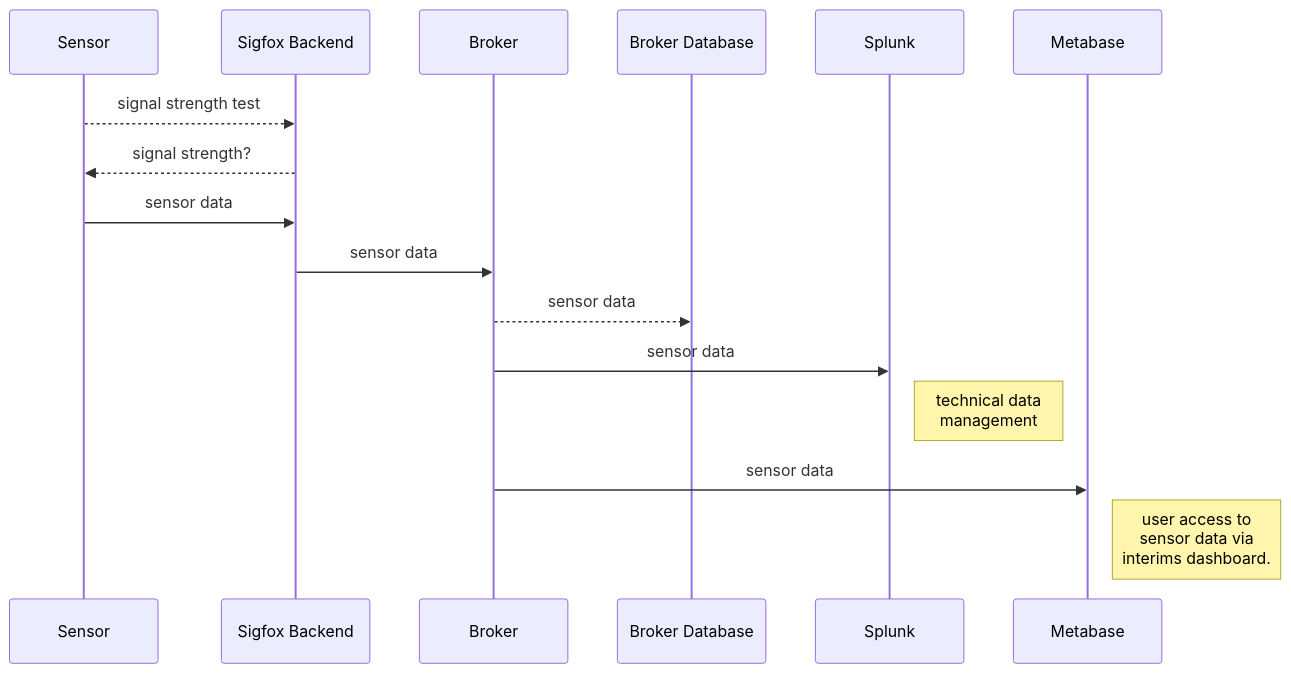
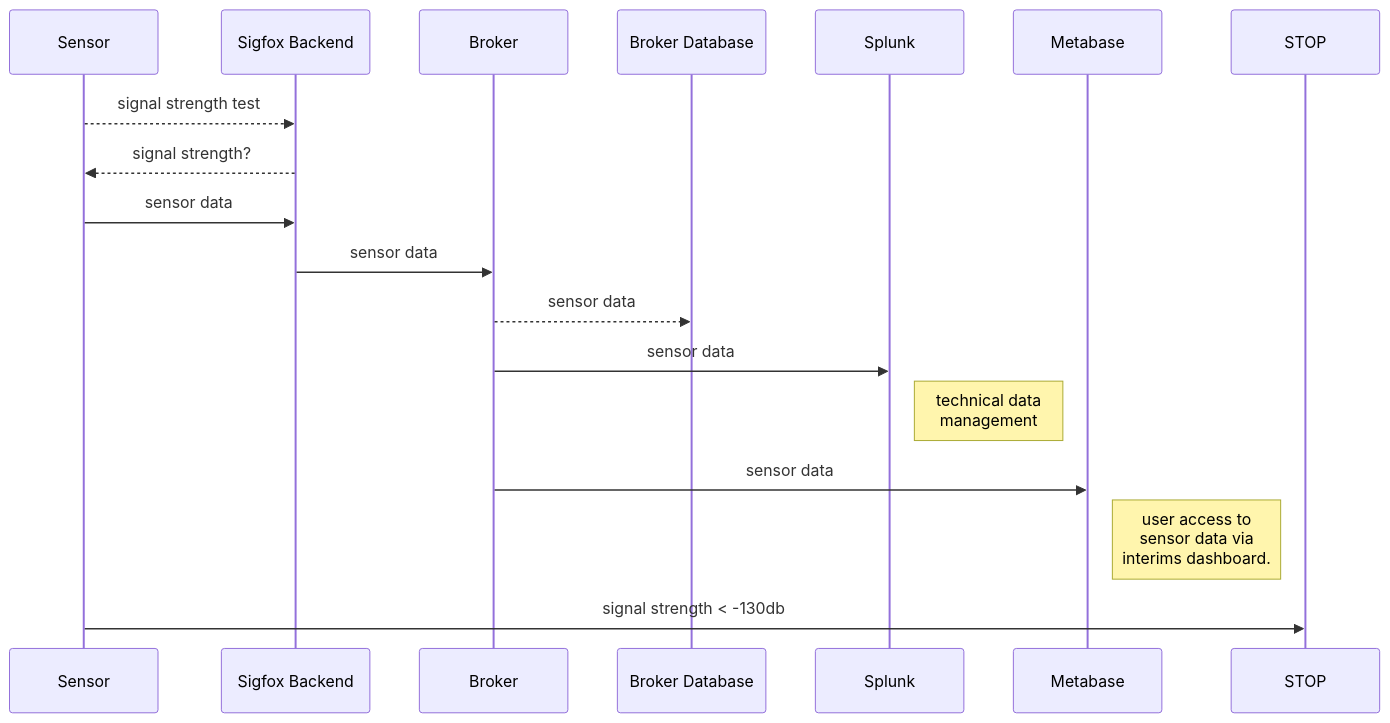
Before and after one commit to syf-gd/saveyourfridge: the first of 2 diagrams in README.md, drawn with Mermaid. The commit also changed other lines of this file and 1 other file, not shown here.

Commit message:
strength test implementation completed

````diff
--- a/README.md
+++ b/README.md
@@ -78,13 +88,14 @@
 ```mermaid
 sequenceDiagram
 Sensor -->> Sigfox Backend: signal strength test
 Sigfox Backend-->>Sensor: signal strength?
 Sensor ->> Sigfox Backend: sensor data
 Sigfox Backend ->> Broker: sensor data
 Broker -->> Broker Database: sensor data
 Broker ->> Splunk: sensor data
 Note right of Splunk: technical data <br/>management
 Broker ->> Metabase: sensor data
 Note right of Metabase: user access to <br/>sensor data via <br/>interims dashboard.
+Sensor ->> STOP: signal strength < -130db
 
 ```  
````
